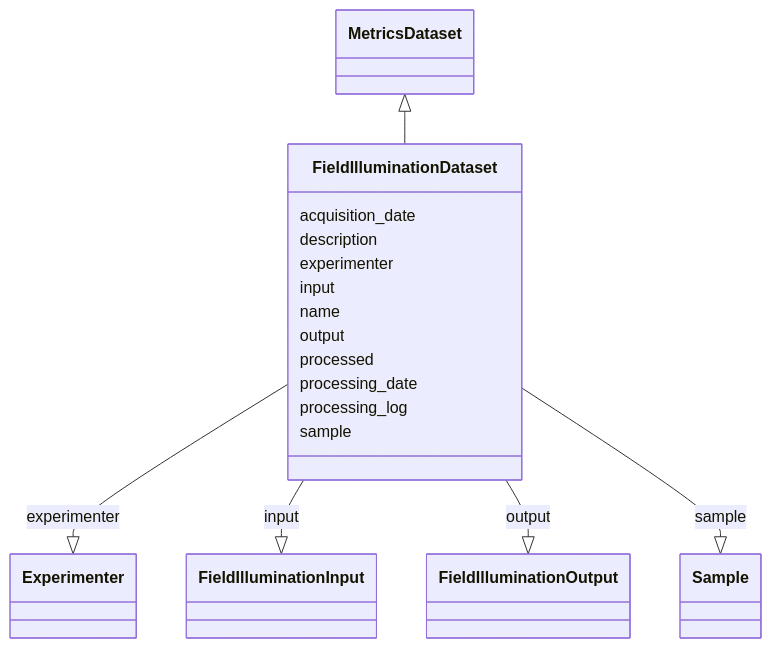
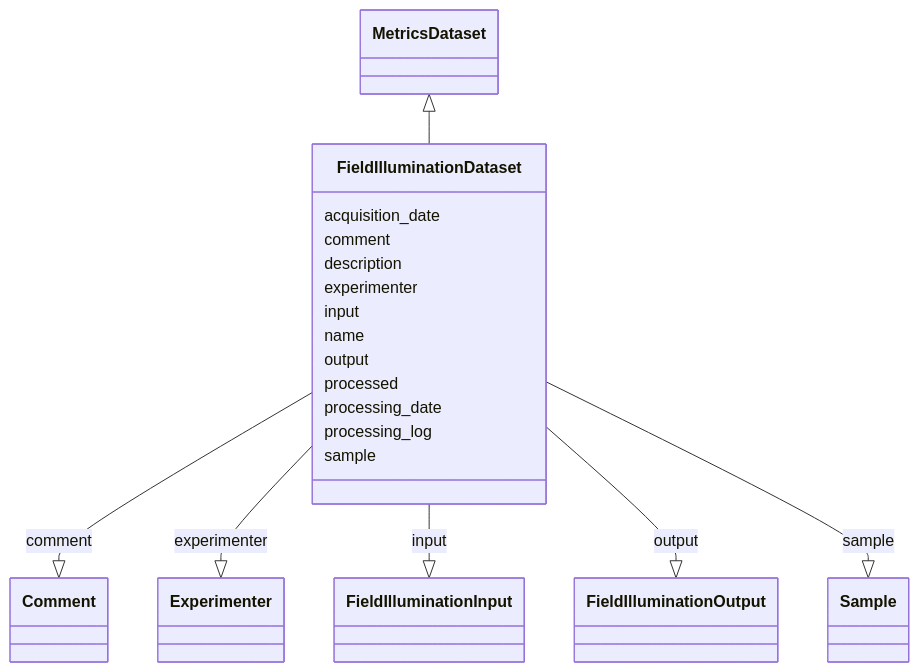
Before and after one commit to juliomateoslangerak/microscope-metrics: the diagram in docs/schema/samples/FieldIlluminationDataset.md, drawn with Mermaid. The commit also changed other lines of this file and 193 other files, not shown here.

Commit message:
Minor updates to the schema - ROI is lowercase - More descriptions

````diff
--- a/docs/schema/samples/FieldIlluminationDataset.md
+++ b/docs/schema/samples/FieldIlluminationDataset.md
@@ -15,35 +15,39 @@
 ```mermaid
  classDiagram
     class FieldIlluminationDataset
       MetricsDataset <|-- FieldIlluminationDataset
       
       FieldIlluminationDataset : acquisition_date
+        
+      FieldIlluminationDataset : comment
+        
+          FieldIlluminationDataset --|> Comment : comment
         
       FieldIlluminationDataset : description
         
       FieldIlluminationDataset : experimenter
         
           FieldIlluminationDataset --|> Experimenter : experimenter
         
       FieldIlluminationDataset : input
         
           FieldIlluminationDataset --|> FieldIlluminationInput : input
         
       FieldIlluminationDataset : name
         
       FieldIlluminationDataset : output
         
           FieldIlluminationDataset --|> FieldIlluminationOutput : output
         
       FieldIlluminationDataset : processed
         
       FieldIlluminationDataset : processing_date
         
       FieldIlluminationDataset : processing_log
         
       FieldIlluminationDataset : sample
         
           FieldIlluminationDataset --|> Sample : sample
         
       
 ```
````
